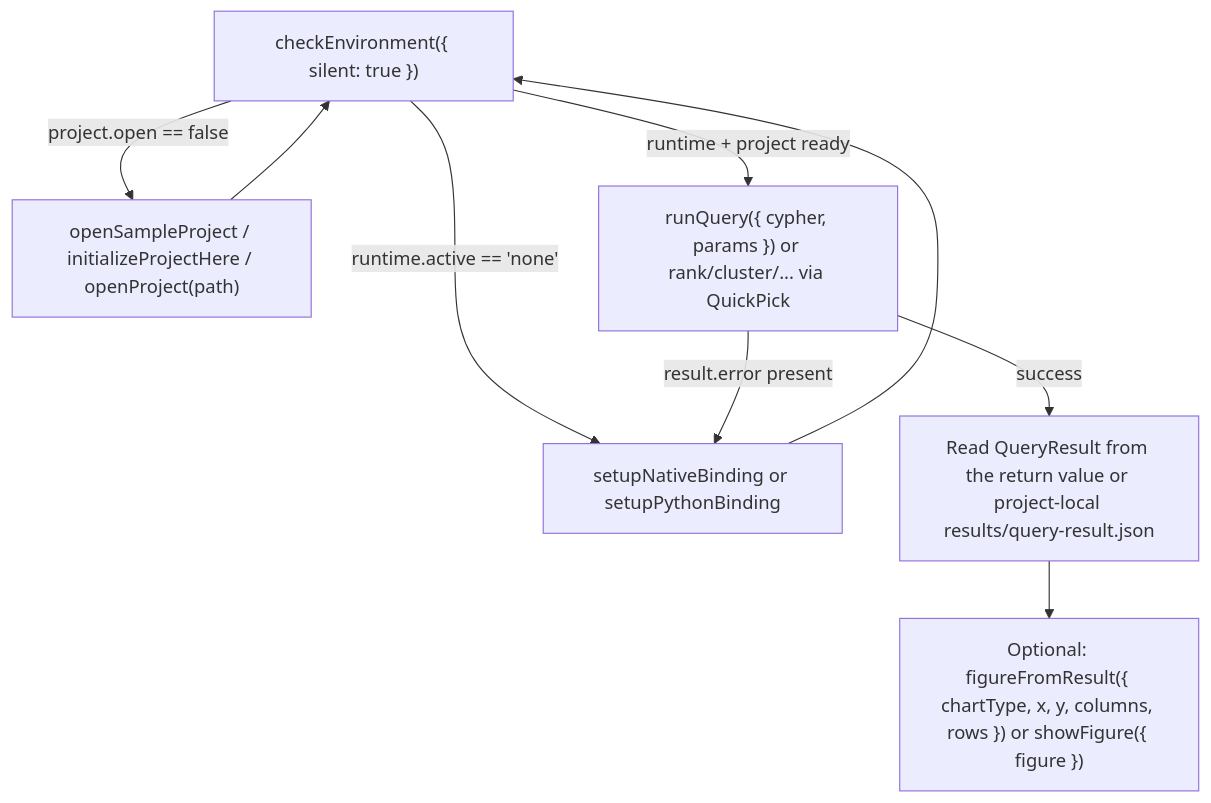
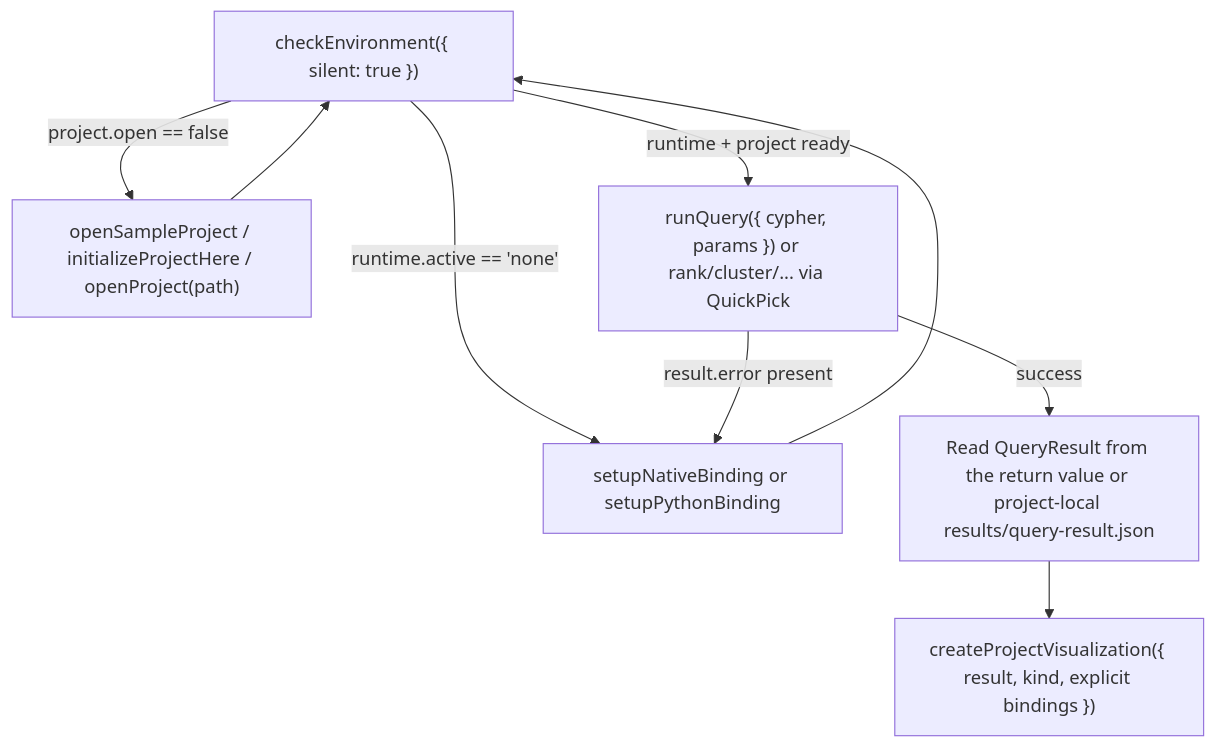
One commit to CurateLabs/graphforge-vscode changed the diagram in docs/experience/agent-interop.md. Above: the diagram before and after it, drawn with Mermaid. The commit also changed other lines of this file and 53 other files, not shown here.

````diff
--- a/docs/experience/agent-interop.md
+++ b/docs/experience/agent-interop.md
@@ -185,11 +210,11 @@
 ```mermaid
 flowchart TD
     A["checkEnvironment({ silent: true })"] -->|runtime.active == 'none'| B["setupNativeBinding or setupPythonBinding"]
     A -->|project.open == false| C["openSampleProject / initializeProjectHere / openProject(path)"]
     A -->|runtime + project ready| D["runQuery({ cypher, params }) or rank/cluster/... via QuickPick"]
     B --> A
     C --> A
     D -->|result.error present| B
     D -->|success| E["Read QueryResult from the return value or project-local results/query-result.json"]
-    E --> F["Optional: figureFromResult({ chartType, x, y, columns, rows }) or showFigure({ figure })"]
+    E --> F["createProjectVisualization({ result, kind, explicit bindings })"]
 ```
````
